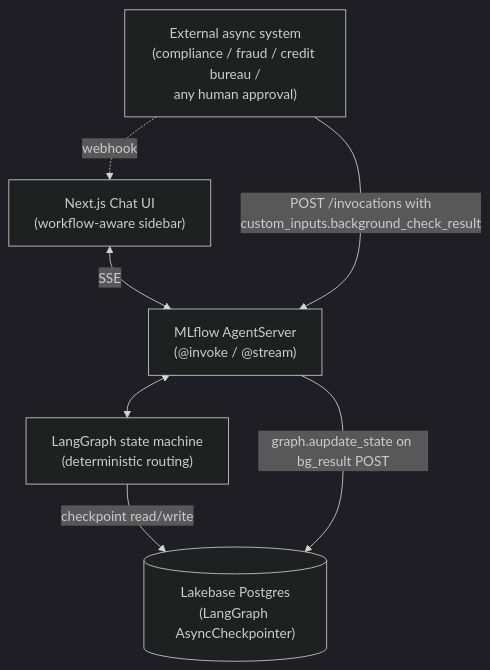
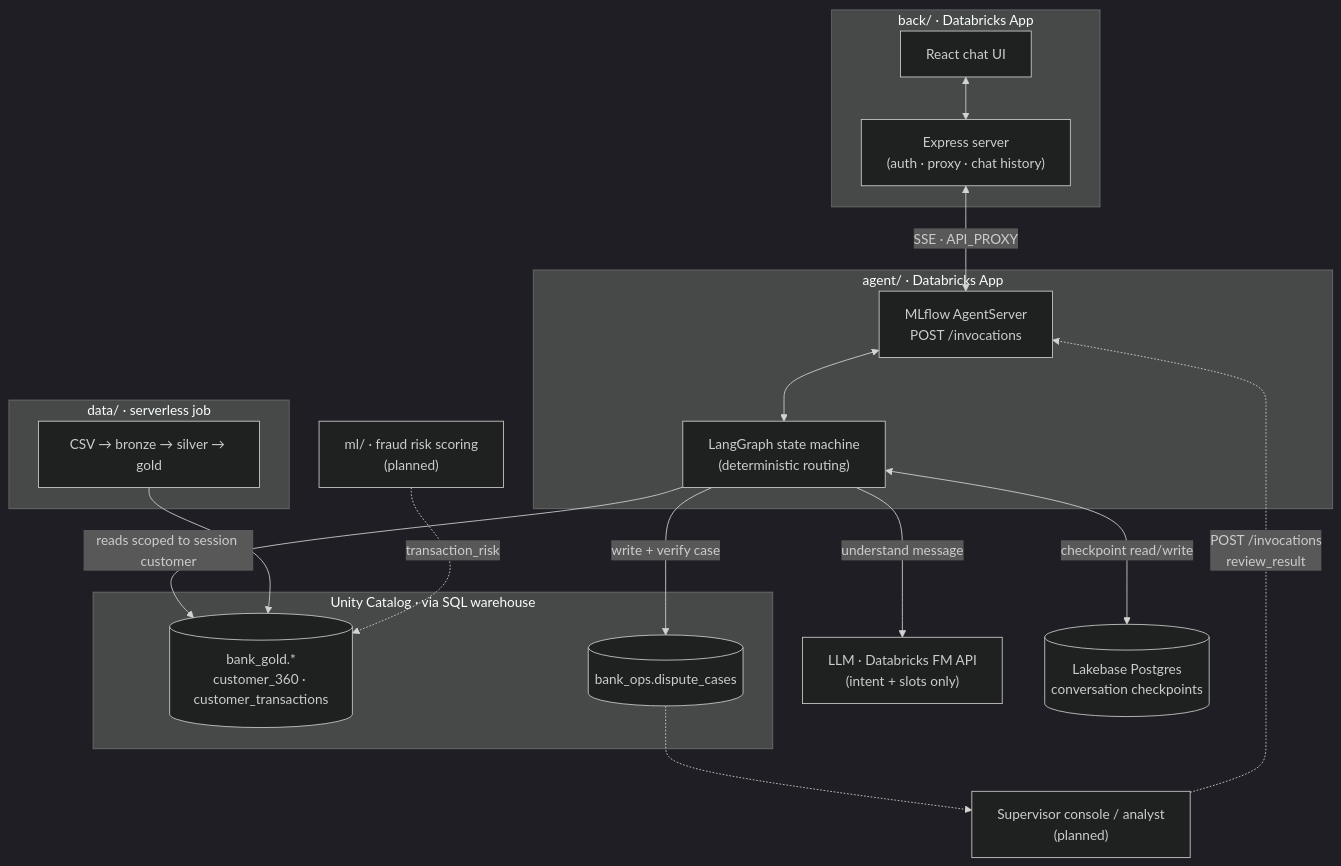
Before and after one commit to pqbas/factored-hackathon-2026-zenit: the diagram in README.md, drawn with Mermaid (dark theme). The commit also changed other lines of this file and 1 other file, not shown here.

Commit message:
README: architecture diagram of the current system
Shows back/ and agent/ as separate apps, LLM, Lakebase, Unity Catalog
tables, data pipeline, and the planned ml/ scoring and supervisor loop.

````diff
--- a/README.md
+++ b/README.md
@@ -7,15 +7,34 @@
 ```mermaid
 flowchart TB
-    UI["Next.js Chat UI<br/>(workflow-aware sidebar)"]
-    AS["MLflow AgentServer<br/>(@invoke / @stream)"]
-    LG["LangGraph state machine<br/>(deterministic routing)"]
-    LB[("Lakebase Postgres<br/>(LangGraph AsyncCheckpointer)")]
-    EXT["External async system<br/>(compliance / fraud / credit bureau /<br/>any human approval)"]
+    subgraph BACK["back/ · Databricks App"]
+        UI["React chat UI"]
+        EX["Express server<br/>(auth · proxy · chat history)"]
+    end
+    subgraph AGENT["agent/ · Databricks App"]
+        AS["MLflow AgentServer<br/>POST /invocations"]
+        LG["LangGraph state machine<br/>(deterministic routing)"]
+    end
+    LLM["LLM · Databricks FM API<br/>(intent + slots only)"]
+    LB[("Lakebase Postgres<br/>conversation checkpoints")]
+    subgraph UC["Unity Catalog · via SQL warehouse"]
+        GOLD[("bank_gold.*<br/>customer_360 · customer_transactions")]
+        OPS[("bank_ops.dispute_cases")]
+    end
+    subgraph DATA["data/ · serverless job"]
+        PIPE["CSV → bronze → silver → gold"]
+    end
+    ML["ml/ · fraud risk scoring<br/>(planned)"]
+    SUP["Supervisor console / analyst<br/>(planned)"]
 
-    UI <-->|SSE| AS
+    UI <--> EX
+    EX <-->|SSE · API_PROXY| AS
     AS <--> LG
-    LG -->|checkpoint read/write| LB
-    AS -->|"graph.aupdate_state on bg_result POST"| LB
-    EXT -->|"POST /invocations with<br/>custom_inputs.background_check_result"| AS
-    EXT -.->|webhook| UI
+    LG -->|understand message| LLM
+    LG <-->|checkpoint read/write| LB
+    LG -->|reads scoped to session customer| GOLD
+    LG -->|write + verify case| OPS
+    PIPE --> GOLD
+    ML -.->|transaction_risk| GOLD
+    OPS -.-> SUP
+    SUP -.->|"POST /invocations<br/>review_result"| AS
 ```
````
